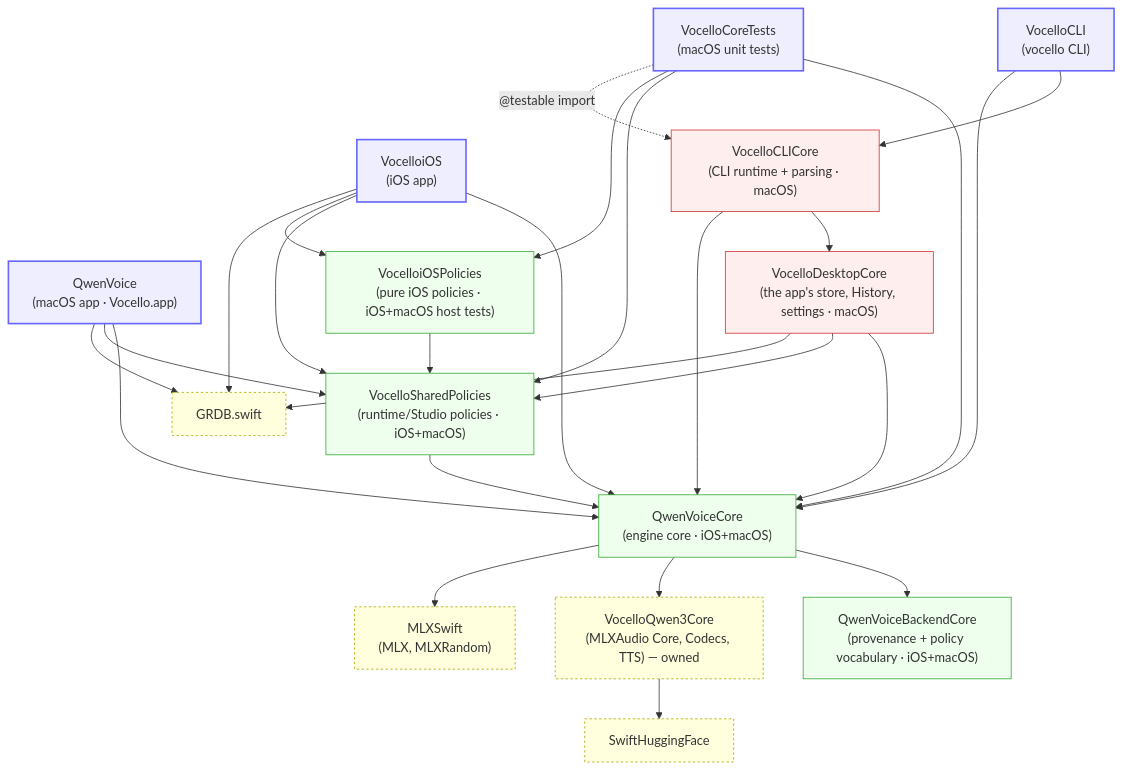
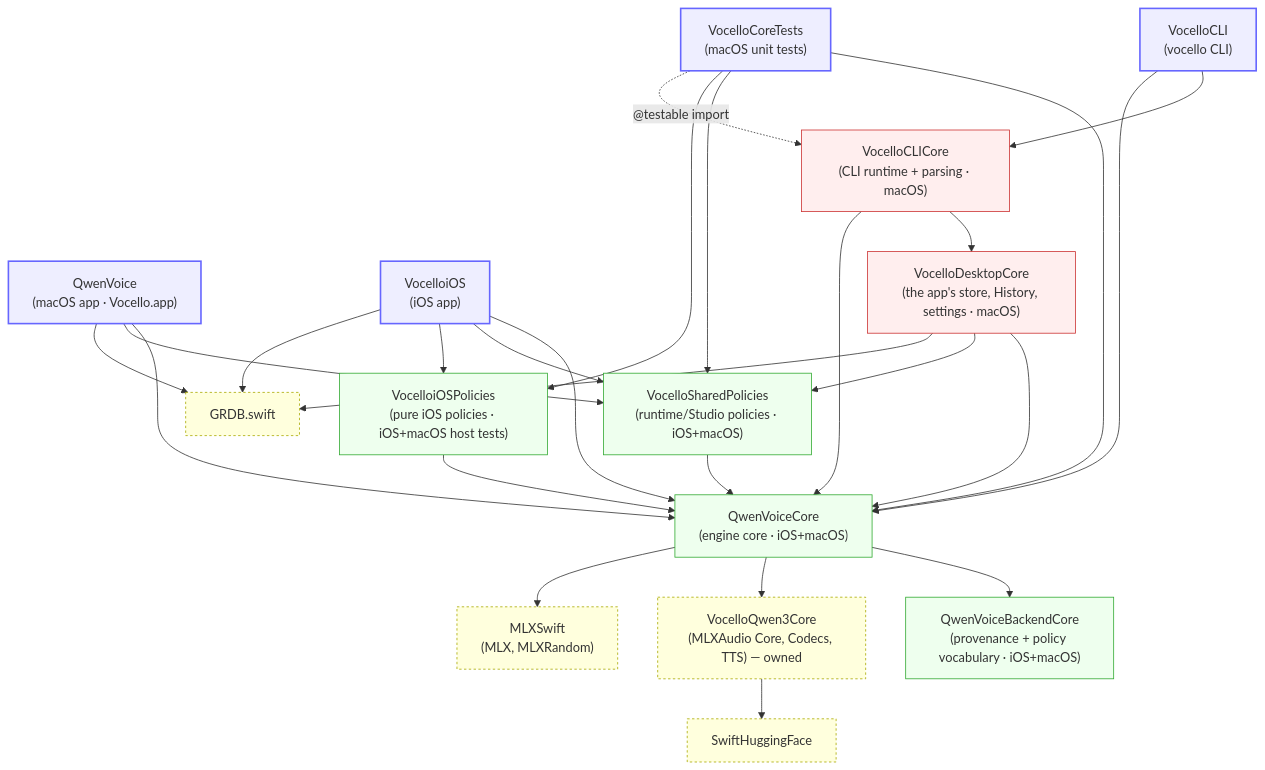
Before and after one commit to PowerBeef/Vocello: the first of 7 diagrams in docs/ARCHITECTURE.md, drawn with Mermaid. The commit also changed other lines of this file and 19 other files, not shown here.

````diff
--- a/docs/ARCHITECTURE.md
+++ b/docs/ARCHITECTURE.md
@@ -74,54 +72,54 @@
 ```mermaid
 graph TD
     classDef app fill:#eef,stroke:#66f,stroke-width:2px;
     classDef fw fill:#efe,stroke:#3a3;
     classDef macfw fill:#fee,stroke:#c33;
     classDef spm fill:#ffd,stroke:#aa0,stroke-dasharray:3 3;
 
     QwenVoice["QwenVoice<br/>(macOS app · Vocello.app)"]:::app
     VocelloiOS["VocelloiOS<br/>(iOS app)"]:::app
     VocelloCLI["VocelloCLI<br/>(vocello CLI)"]:::app
 
     QwenVoiceCore["QwenVoiceCore<br/>(engine core · iOS+macOS)"]:::fw
     QwenVoiceBackendCore["QwenVoiceBackendCore<br/>(provenance + policy vocabulary · iOS+macOS)"]:::fw
     VocelloSharedPolicies["VocelloSharedPolicies<br/>(runtime/Studio policies · iOS+macOS)"]:::fw
     VocelloiOSPolicies["VocelloiOSPolicies<br/>(pure iOS policies · iOS+macOS host tests)"]:::fw
     VocelloCLICore["VocelloCLICore<br/>(CLI runtime + parsing · macOS)"]:::macfw
     VocelloDesktopCore["VocelloDesktopCore<br/>(the app's store, History, settings · macOS)"]:::macfw
     VocelloCoreTests["VocelloCoreTests<br/>(macOS unit tests)"]:::app
 
     GRDB["GRDB.swift"]:::spm
     MLXAudio["VocelloQwen3Core<br/>(MLXAudio Core, Codecs, TTS) — owned"]:::spm
     MLXSwift["MLXSwift<br/>(MLX, MLXRandom)"]:::spm
     SwiftHuggingFace["SwiftHuggingFace"]:::spm
 
     QwenVoice --> QwenVoiceCore
     QwenVoice --> VocelloSharedPolicies
     QwenVoice --> GRDB
 
     VocelloiOS --> QwenVoiceCore
     VocelloiOS --> VocelloSharedPolicies
     VocelloiOS --> VocelloiOSPolicies
     VocelloiOS --> GRDB
 
     VocelloCLI --> VocelloCLICore
     VocelloCLI --> QwenVoiceCore
     VocelloCLICore --> VocelloDesktopCore
     VocelloCLICore --> QwenVoiceCore
     VocelloDesktopCore --> QwenVoiceCore
     VocelloDesktopCore --> VocelloSharedPolicies
     VocelloDesktopCore --> GRDB
 
     VocelloCoreTests --> QwenVoiceCore
     VocelloCoreTests --> VocelloSharedPolicies
     VocelloCoreTests --> VocelloiOSPolicies
     VocelloCoreTests -.->|"@testable import"| VocelloCLICore
 
-    VocelloiOSPolicies --> VocelloSharedPolicies
+    VocelloiOSPolicies --> QwenVoiceCore
     VocelloSharedPolicies --> QwenVoiceCore
     QwenVoiceCore --> QwenVoiceBackendCore
 
     QwenVoiceCore --> MLXAudio
     QwenVoiceCore --> MLXSwift
     MLXAudio --> SwiftHuggingFace
 ```
````
